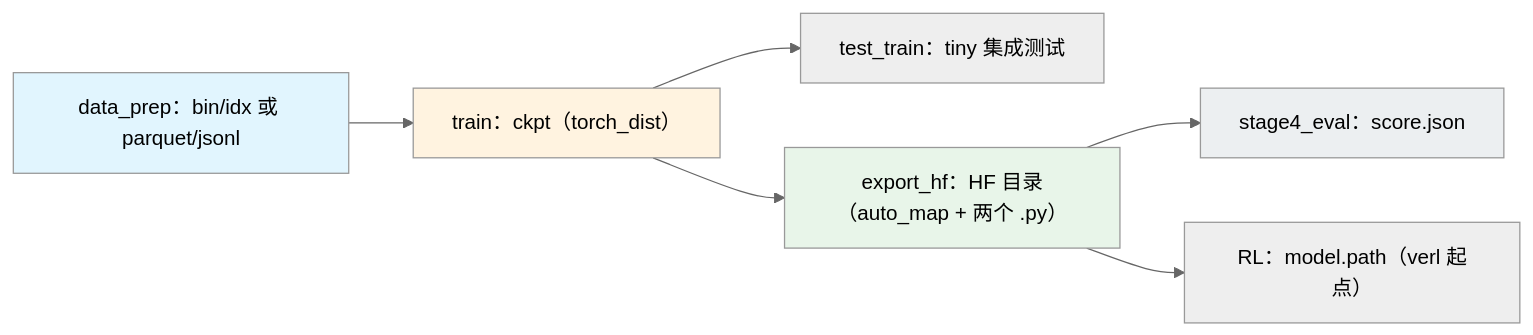
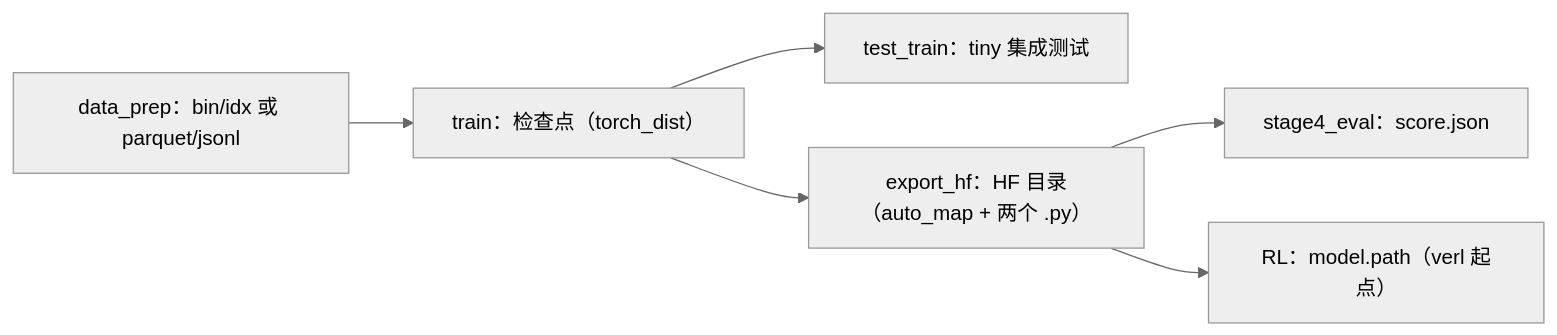
The second of 2 diagrams in src/shensi/recipes/paper/gated_delta_attn_res/README.md (zongzhilou/shensi), drawn with Mermaid (neutral theme) before and after one commit. The commit also changed other lines of this file and 243 other files, not shown here.

````diff
--- a/src/shensi/recipes/paper/gated_delta_attn_res/README.md
+++ b/src/shensi/recipes/paper/gated_delta_attn_res/README.md
@@ -228,12 +260,8 @@
 ```mermaid
 flowchart LR
-    d1["data_prep：bin/idx 或 parquet/jsonl"] --> c1["train：ckpt（torch_dist）"]
+    d1["data_prep：bin/idx 或 parquet/jsonl"] --> c1["train：检查点（torch_dist）"]
     c1 --> c2["test_train：tiny 集成测试"]
     c1 --> hf["export_hf：HF 目录（auto_map + 两个 .py）"]
     hf --> ev["stage4_eval：score.json"]
     hf --> rl["RL：model.path（verl 起点）"]
-    style d1 fill:#e1f5fe
-    style c1 fill:#fff3e0
-    style hf fill:#e8f5e9
-    style ev fill:#eceff1
 ```
````
